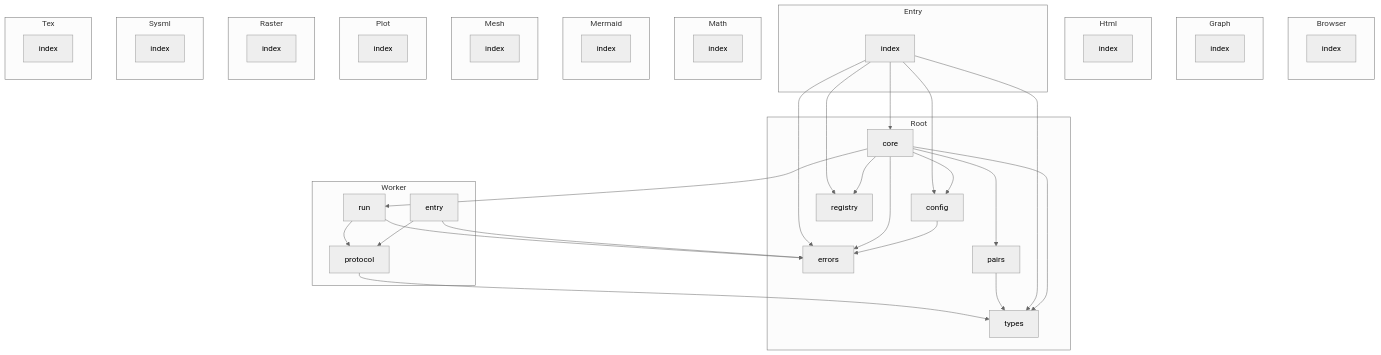
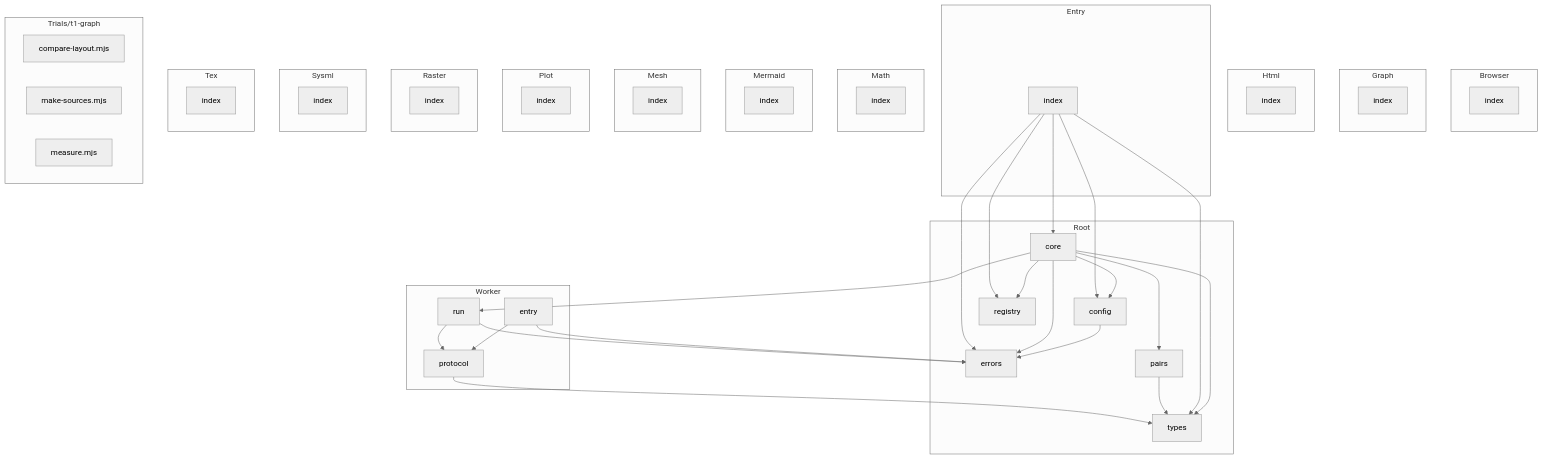
Before and after one commit to danielsimonjr/SciengJS: the diagram in docs/architecture/DEPENDENCY_GRAPH.md, drawn with Mermaid (neutral theme). The commit also changed other lines of this file and 12 other files, not shown here.

First line of the commit message:
docs: regenerate the architecture reports with the trial sources

```diff
--- a/docs/architecture/DEPENDENCY_GRAPH.md
+++ b/docs/architecture/DEPENDENCY_GRAPH.md
@@ -403,6 +444,12 @@
         N19[run]
     end
 
+    subgraph Trials/t1-graph
+        N20[compare-layout.mjs]
+        N21[make-sources.mjs]
+        N22[measure.mjs]
+    end
+
     N1 --> N3
     N2 --> N1
     N2 --> N3
```
